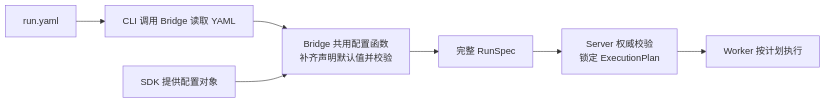
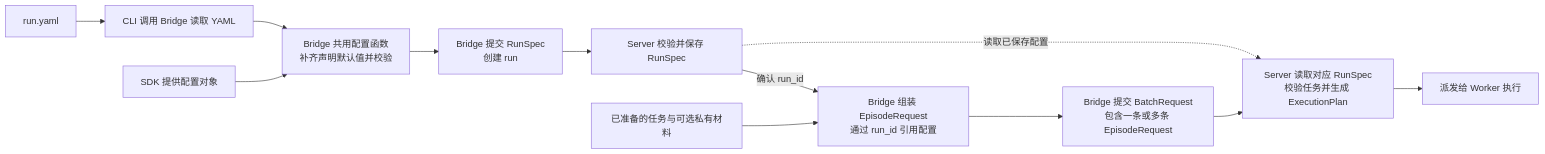
The diagram in docs/guides/user_guide.md (audreyyan1015/uenv_design), drawn with Mermaid before and after one commit. The commit also changed other lines of this file and 1 other file, not shown here.

Commit message:
Clarify separate run creation and episode submission steps

````diff
--- a/docs/guides/user_guide.md
+++ b/docs/guides/user_guide.md
@@ -27,9 +27,14 @@
 ```mermaid
 flowchart LR
   YAML[run.yaml] --> READ[CLI 调用 Bridge 读取 YAML]
   READ --> NORMALIZE[Bridge 共用配置函数<br/>补齐声明默认值并校验]
   SDK[SDK 提供配置对象] --> NORMALIZE
-  NORMALIZE --> RUN[完整 RunSpec]
-  RUN --> SERVER[Server 权威校验<br/>锁定 ExecutionPlan]
-  SERVER --> WORKER[Worker 按计划执行]
+  NORMALIZE --> CREATE[Bridge 提交 RunSpec<br/>创建 run]
+  CREATE --> SAVE[Server 校验并保存 RunSpec]
+  SAVE -->|确认 run_id| BUILD[Bridge 组装 EpisodeRequest<br/>通过 run_id 引用配置]
+  TASK[已准备的任务与可选私有材料] --> BUILD
+  BUILD --> SUBMIT[Bridge 提交 BatchRequest<br/>包含一条或多条 EpisodeRequest]
+  SUBMIT --> SERVER[Server 读取对应 RunSpec<br/>校验任务并生成 ExecutionPlan]
+  SAVE -.读取已保存配置.-> SERVER
+  SERVER --> WORKER[派发给 Worker 执行]
 ```
````
